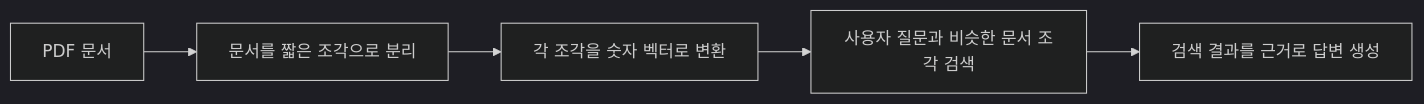
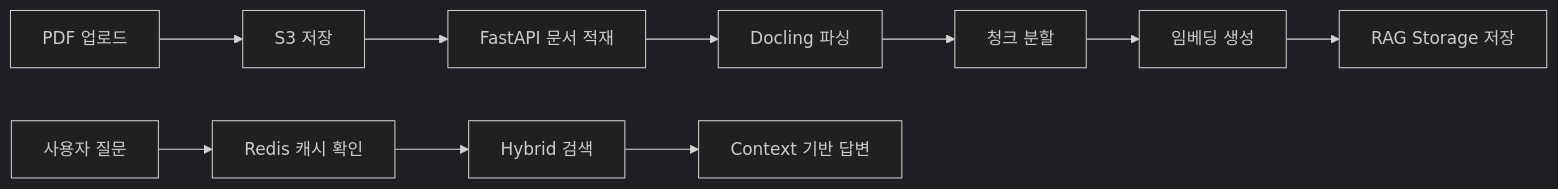
Before and after one commit to tomatosugarpickled/announcement-_ai: the fourth of 6 diagrams in README.md, drawn with Mermaid (dark theme). The commit also changed other lines of this file, not shown here.

````diff
--- a/README.md
+++ b/README.md
@@ -288,7 +276,12 @@
 ```mermaid
 flowchart LR
-    A["PDF 문서"] --> B["문서를 짧은 조각으로 분리"]
-    B --> C["각 조각을 숫자 벡터로 변환"]
-    C --> D["사용자 질문과 비슷한 문서 조각 검색"]
-    D --> E["검색 결과를 근거로 답변 생성"]
+    A["PDF 업로드"] --> B["S3 저장"]
+    B --> C["FastAPI 문서 적재"]
+    C --> D["Docling 파싱"]
+    D --> E["청크 분할"]
+    E --> F["임베딩 생성"]
+    F --> G["RAG Storage 저장"]
+    H["사용자 질문"] --> I["Redis 캐시 확인"]
+    I --> J["Hybrid 검색"]
+    J --> K["Context 기반 답변"]
 ```
````
